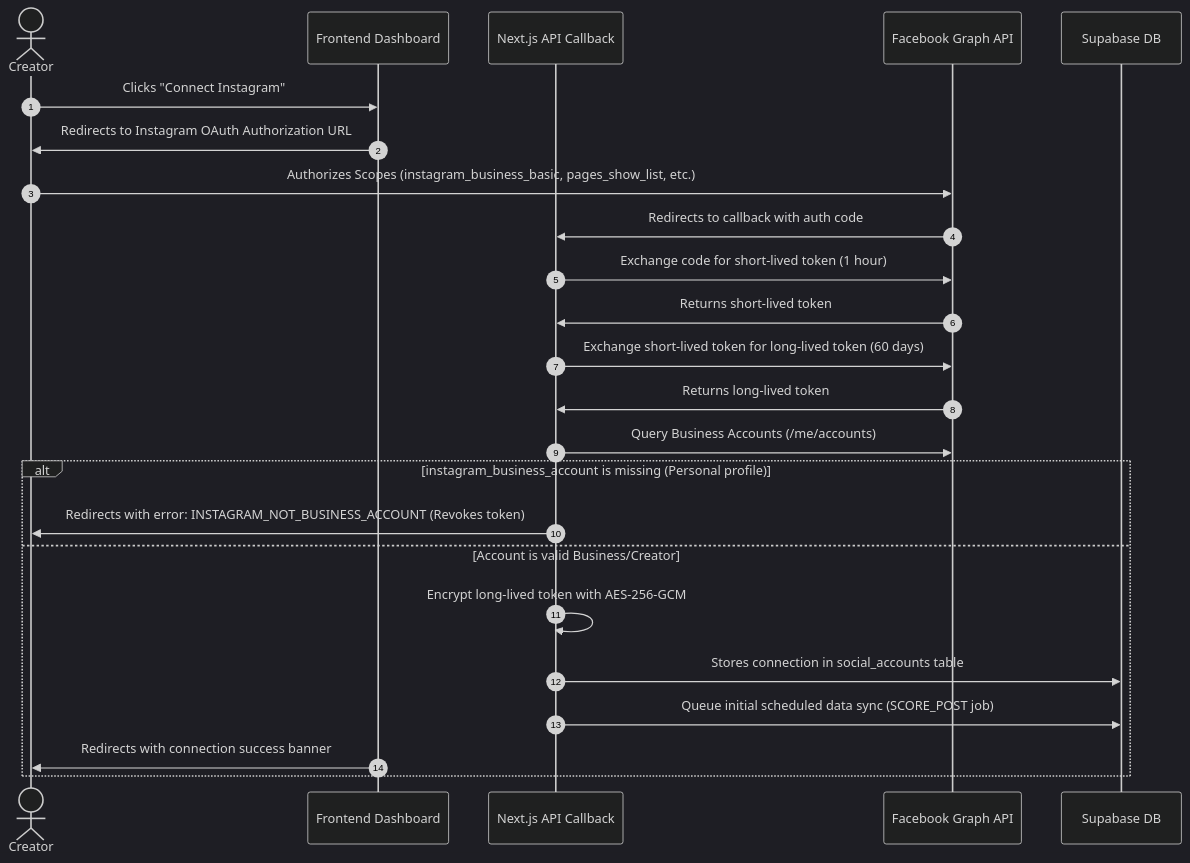
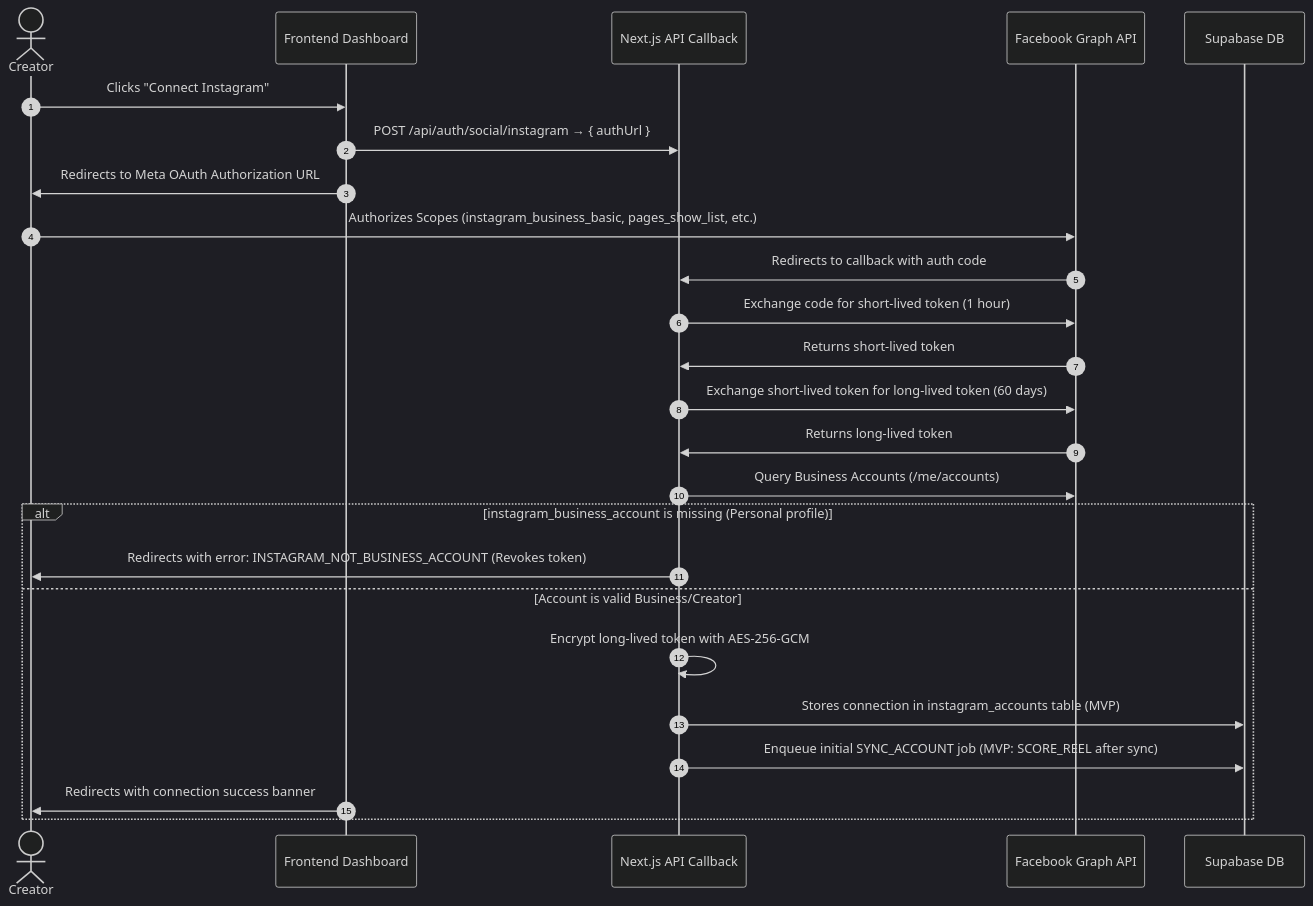
Before and after one commit to Jainam2848/ReelMetrics: the third of 4 diagrams in trendoraa-seabs-spec.md, drawn with Mermaid (dark theme). The commit also changed other lines of this file and 29 other files, not shown here.

First line of the commit message:
feat(instagram): close MVP gaps with LLM services, cron queue, and rate-limit guards

````diff
--- a/trendoraa-seabs-spec.md
+++ b/trendoraa-seabs-spec.md
@@ -994,27 +1020,28 @@
 ```mermaid
 sequenceDiagram
     autonumber
     actor User as Creator
     participant FE as Frontend Dashboard
     participant BE as Next.js API Callback
     participant FB as Facebook Graph API
     participant DB as Supabase DB
 
     User->>FE: Clicks "Connect Instagram"
-    FE->>User: Redirects to Instagram OAuth Authorization URL
+    FE->>BE: POST /api/auth/social/instagram → { authUrl }
+    FE->>User: Redirects to Meta OAuth Authorization URL
     User->>FB: Authorizes Scopes (instagram_business_basic, pages_show_list, etc.)
     FB->>BE: Redirects to callback with auth code
     BE->>FB: Exchange code for short-lived token (1 hour)
     FB->>BE: Returns short-lived token
     BE->>FB: Exchange short-lived token for long-lived token (60 days)
     FB->>BE: Returns long-lived token
     BE->>FB: Query Business Accounts (/me/accounts)
     alt instagram_business_account is missing (Personal profile)
         BE->>User: Redirects with error: INSTAGRAM_NOT_BUSINESS_ACCOUNT (Revokes token)
     else Account is valid Business/Creator
         BE->>BE: Encrypt long-lived token with AES-256-GCM
-        BE->>DB: Stores connection in social_accounts table
-        BE->>DB: Queue initial scheduled data sync (SCORE_POST job)
+        BE->>DB: Stores connection in instagram_accounts table (MVP)
+        BE->>DB: Enqueue initial SYNC_ACCOUNT job (MVP: SCORE_REEL after sync)
         FE->>User: Redirects with connection success banner
     end
 ```
````
